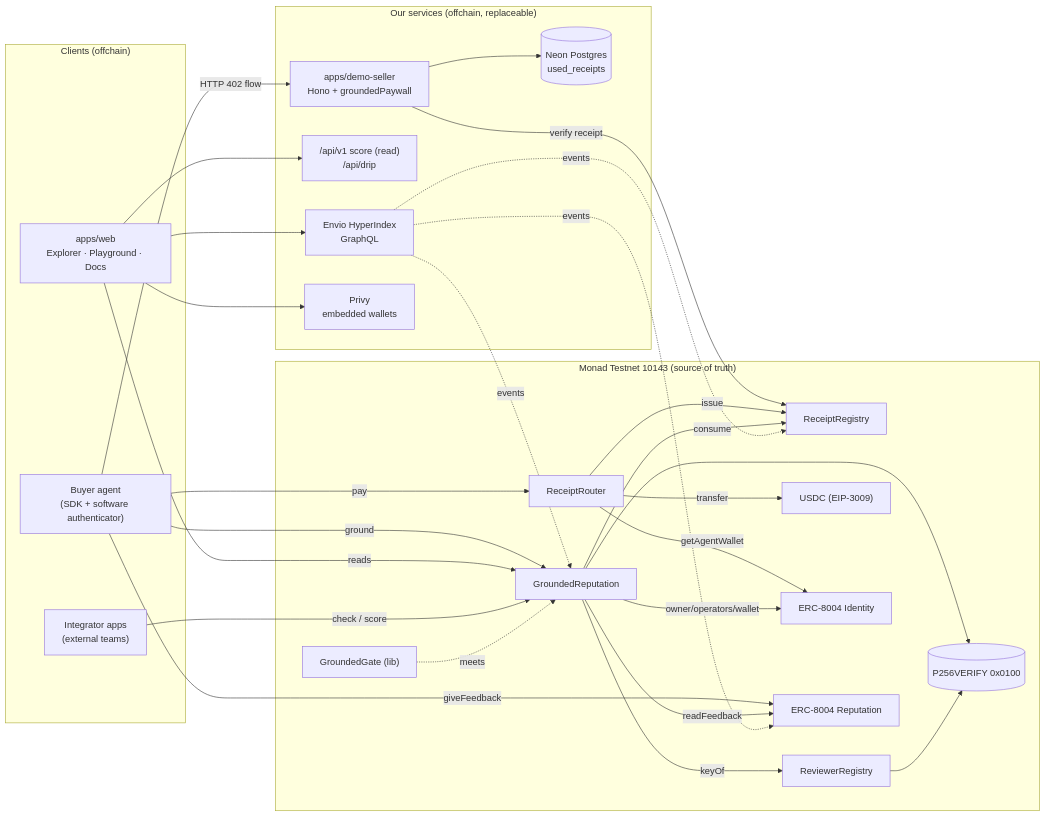
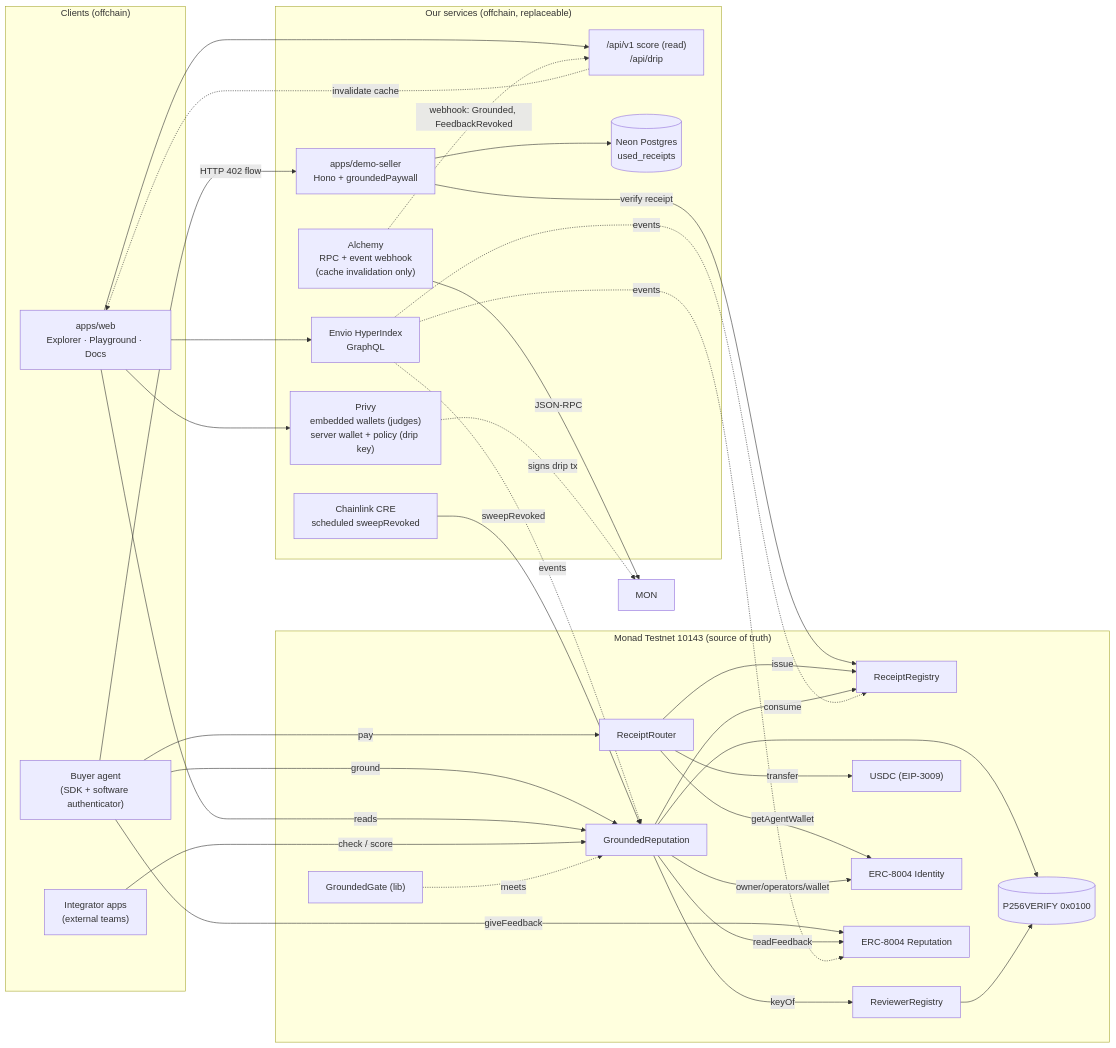
Before and after one commit to ydvSajal/MONAD10K: the first of 2 diagrams in grounded-docs/04-SYSTEM-ARCHITECTURE.md, drawn with Mermaid. The commit also changed other lines of this file and 26 other files, not shown here.

````diff
--- a/grounded-docs/04-SYSTEM-ARCHITECTURE.md
+++ b/grounded-docs/04-SYSTEM-ARCHITECTURE.md
@@ -12,53 +28,60 @@
 ```mermaid
 flowchart LR
   subgraph Clients["Clients (offchain)"]
     BUY["Buyer agent<br/>(SDK + software authenticator)"]
     WEB["apps/web<br/>Explorer · Playground · Docs"]
     INT["Integrator apps<br/>(external teams)"]
   end
 
   subgraph Services["Our services (offchain, replaceable)"]
     SELL["apps/demo-seller<br/>Hono + groundedPaywall"]
     API["/api/v1 score (read)<br/>/api/drip"]
     IDX["Envio HyperIndex<br/>GraphQL"]
     DB[("Neon Postgres<br/>used_receipts")]
-    PRIVY["Privy<br/>embedded wallets"]
+    PRIVY["Privy<br/>embedded wallets (judges)<br/>server wallet + policy (drip key)"]
+    ALCH["Alchemy<br/>RPC + event webhook<br/>(cache invalidation only)"]
+    CRE["Chainlink CRE<br/>scheduled sweepRevoked"]
   end
 
   subgraph Monad["Monad Testnet 10143 (source of truth)"]
     RTR["ReceiptRouter"]
     RCP["ReceiptRegistry"]
     REV["ReviewerRegistry"]
     GRD["GroundedReputation"]
     GATE["GroundedGate (lib)"]
     P256[("P256VERIFY 0x0100")]
     USDC["USDC (EIP-3009)"]
     ID8["ERC-8004 Identity"]
     RP8["ERC-8004 Reputation"]
   end
 
   BUY -->|HTTP 402 flow| SELL
   SELL -->|verify receipt| RCP
   SELL --> DB
   BUY -->|pay| RTR
   BUY -->|giveFeedback| RP8
   BUY -->|ground| GRD
   WEB --> PRIVY
   WEB -->|reads| GRD
   WEB --> IDX
   WEB --> API
   INT -->|check / score| GRD
   RTR -->|getAgentWallet| ID8
   RTR -->|transfer| USDC
   RTR -->|issue| RCP
   GRD -->|readFeedback| RP8
   GRD -->|consume| RCP
   GRD -->|keyOf| REV
   GRD -->|owner/operators/wallet| ID8
   GRD --> P256
   REV --> P256
   GATE -.->|meets| GRD
   IDX -.->|events| GRD
   IDX -.->|events| RP8
   IDX -.->|events| RCP
+  CRE -->|sweepRevoked| GRD
+  ALCH -->|JSON-RPC| MON
+  ALCH -.->|webhook: Grounded, FeedbackRevoked| API
+  API -.->|invalidate cache| WEB
+  PRIVY -.->|signs drip tx| MON
 ```
````
